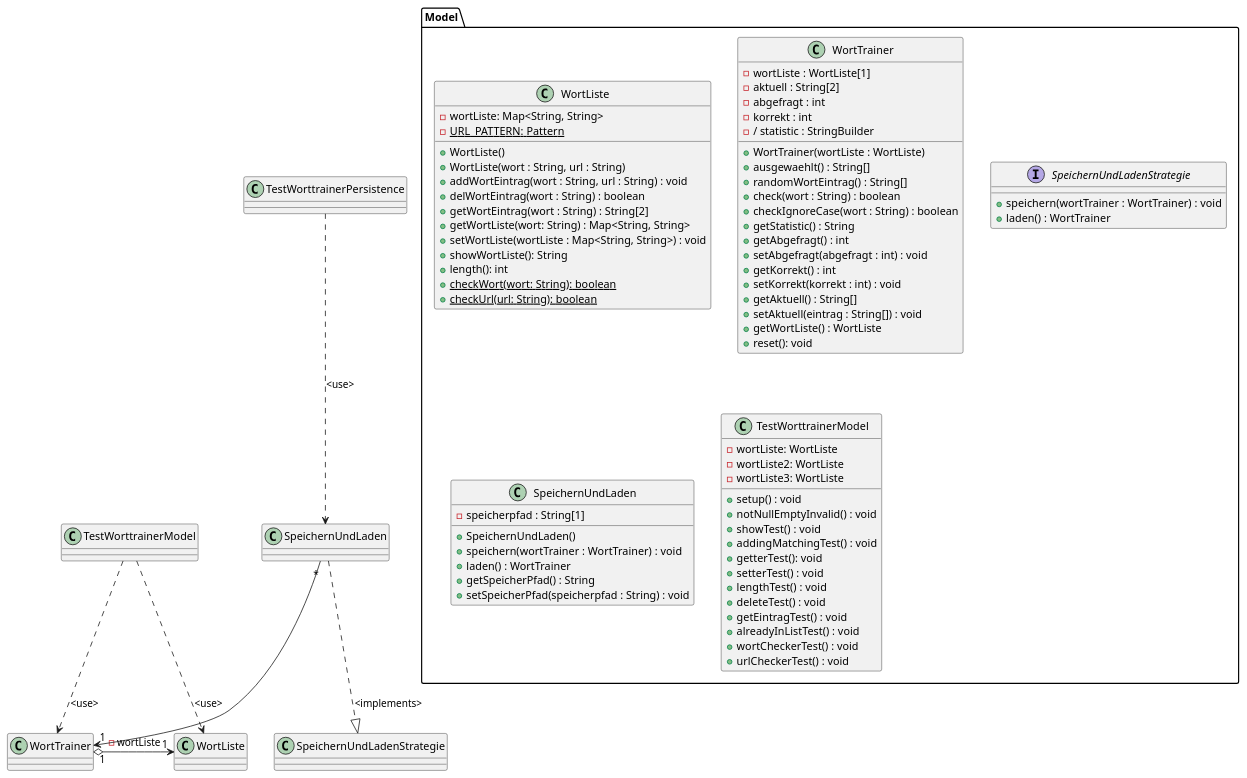
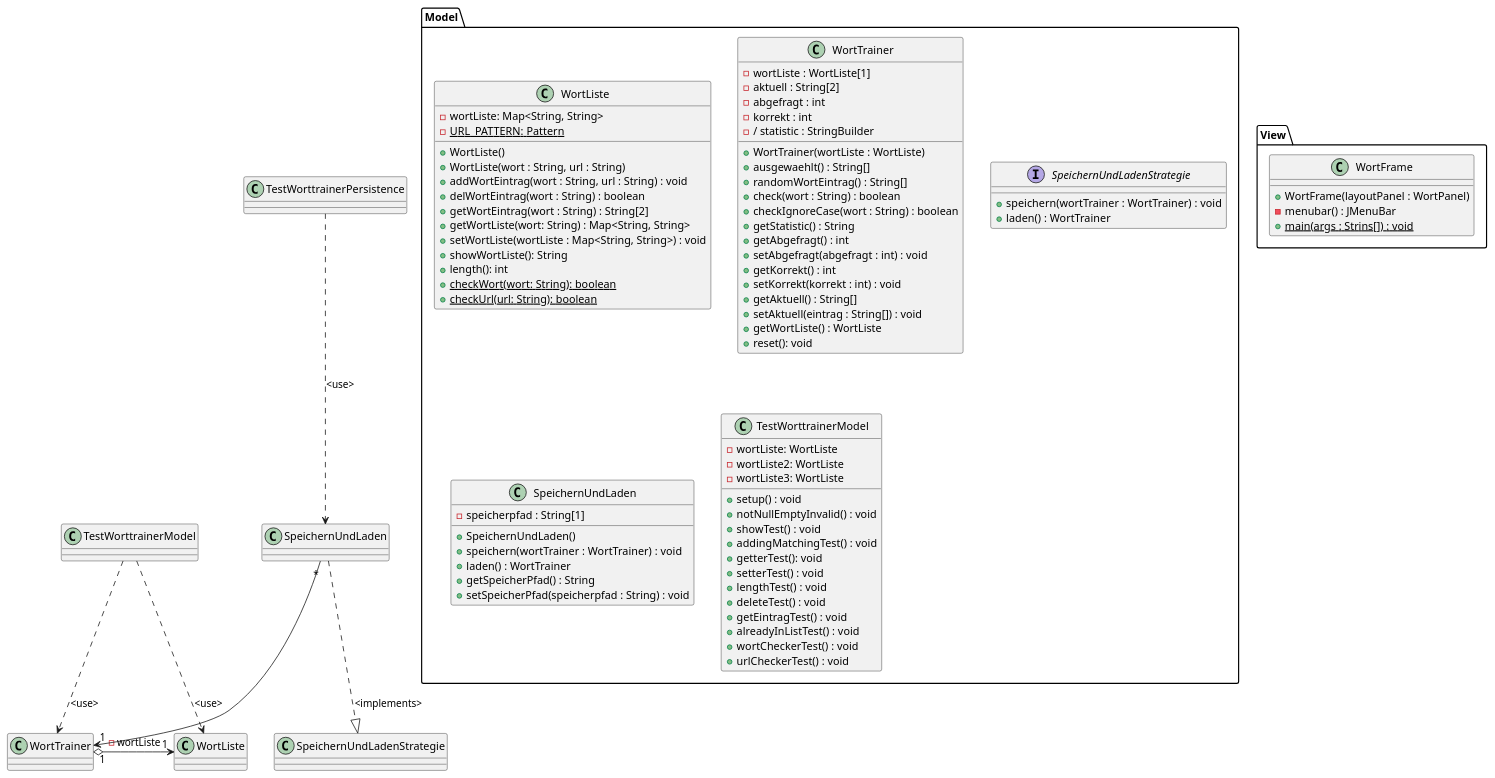
The diagram in src/main/resources/Worttrainer Reloaded.puml (TGM-HIT/sew9-2425-worttrainer-Batscho), drawn with PlantUML before and after one commit.

Commit message:
[GK] Worttrainer Reloaded Commit 49: Das UML wird nun um die View erweitert, bis jetzt das WortFrame.

```diff
--- a/src/main/resources/Worttrainer Reloaded.puml
+++ b/src/main/resources/Worttrainer Reloaded.puml
@@ -1,83 +1,90 @@
 @startuml
 'https://plantuml.com/class-diagram
 
 TestWorttrainerModel ..> WortListe : <use>
 TestWorttrainerModel ..> WortTrainer : <use>
 TestWorttrainerPersistence ..> SpeichernUndLaden : <use>
 WortTrainer "1" o-> "1" WortListe : - wortListe
 SpeichernUndLaden "*" --> "1" WortTrainer
 SpeichernUndLaden ..|> SpeichernUndLadenStrategie : <implements>
 
 package Model {
 class WortListe {
 - wortListe: Map<String, String>
 - {static} URL_PATTERN: Pattern
 + WortListe()
 + WortListe(wort : String, url : String)
 + addWortEintrag(wort : String, url : String) : void
 + delWortEintrag(wort : String) : boolean
 + getWortEintrag(wort : String) : String[2]
 + getWortListe(wort: String) : Map<String, String>
 + setWortListe(wortListe : Map<String, String>) : void
 + showWortListe(): String
 + length(): int
 + {static} checkWort(wort: String): boolean
 + {static} checkUrl(url: String): boolean
 }
 
 class WortTrainer {
 - wortListe : WortListe[1]
 - aktuell : String[2]
 - abgefragt : int
 - korrekt : int
 - / statistic : StringBuilder
 + WortTrainer(wortListe : WortListe)
 + ausgewaehlt() : String[]
 + randomWortEintrag() : String[]
 + check(wort : String) : boolean
 + checkIgnoreCase(wort : String) : boolean
 + getStatistic() : String
 + getAbgefragt() : int
 + setAbgefragt(abgefragt : int) : void
 + getKorrekt() : int
 + setKorrekt(korrekt : int) : void
 + getAktuell() : String[]
 + setAktuell(eintrag : String[]) : void
 + getWortListe() : WortListe
 + reset(): void
 }
 
 interface SpeichernUndLadenStrategie {
 + speichern(wortTrainer : WortTrainer) : void
 + laden() : WortTrainer
 }
 
 class SpeichernUndLaden {
 - speicherpfad : String[1]
 + SpeichernUndLaden()
 + speichern(wortTrainer : WortTrainer) : void
 + laden() : WortTrainer
 + getSpeicherPfad() : String
 + setSpeicherPfad(speicherpfad : String) : void
 }
 
 
 class TestWorttrainerModel {
 - wortListe: WortListe
 - wortListe2: WortListe
 - wortListe3: WortListe
 + setup() : void
 + notNullEmptyInvalid() : void
 + showTest() : void
 + addingMatchingTest() : void
 + getterTest(): void
 + setterTest() : void
 + lengthTest() : void
 + deleteTest() : void
 + getEintragTest() : void
 + alreadyInListTest() : void
 + wortCheckerTest() : void
 + urlCheckerTest() : void
 }
+}
 
+package View {
+class WortFrame {
++ WortFrame(layoutPanel : WortPanel)
+- menubar() : JMenuBar
++ {static} main(args : Strins[]) : void
+}
 @enduml
```
